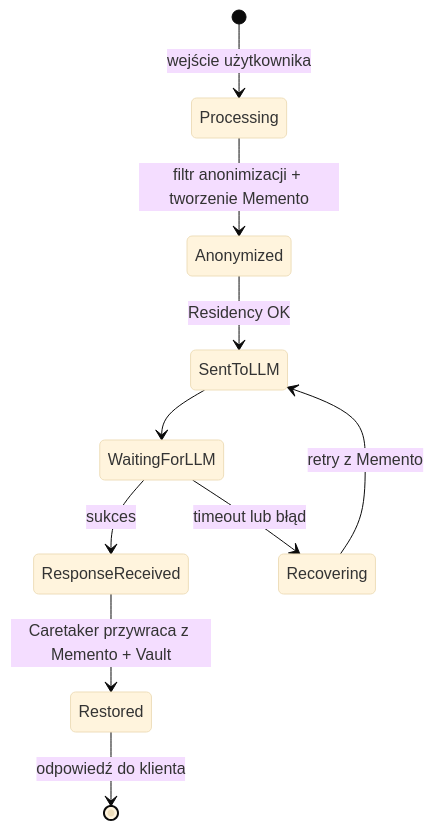
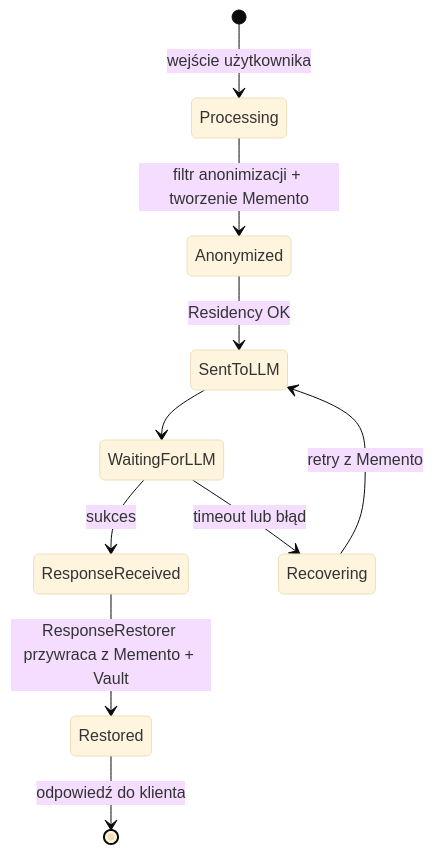
Before and after one commit to gniewekk/Privacy-Preserving-Context-Pipeline-for-LLMs-DP: the sixth of 14 diagrams in ARCHITECTURE.md, drawn with Mermaid (base theme). The commit also changed other lines of this file and 30 other files, not shown here.

````diff
--- a/ARCHITECTURE.md
+++ b/ARCHITECTURE.md
@@ -336,12 +336,12 @@
 ```mermaid
 stateDiagram-v2
     [*] --> Processing : wejście użytkownika
     Processing --> Anonymized : filtr anonimizacji + tworzenie Memento
     Anonymized --> SentToLLM : Residency OK
     SentToLLM --> WaitingForLLM
     WaitingForLLM --> ResponseReceived : sukces
     WaitingForLLM --> Recovering : timeout lub błąd
     Recovering --> SentToLLM : retry z Memento
-    ResponseReceived --> Restored : Caretaker przywraca z Memento + Vault
+    ResponseReceived --> Restored : ResponseRestorer przywraca z Memento + Vault
     Restored --> [*] : odpowiedź do klienta
 ```
````
